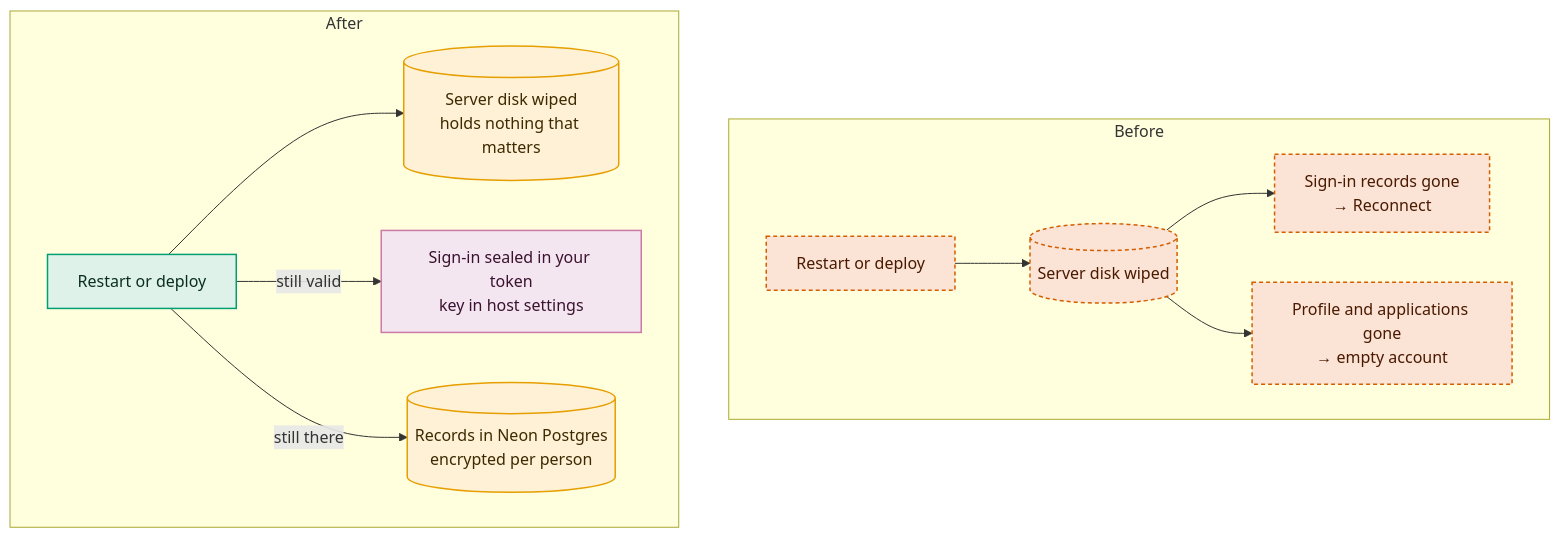
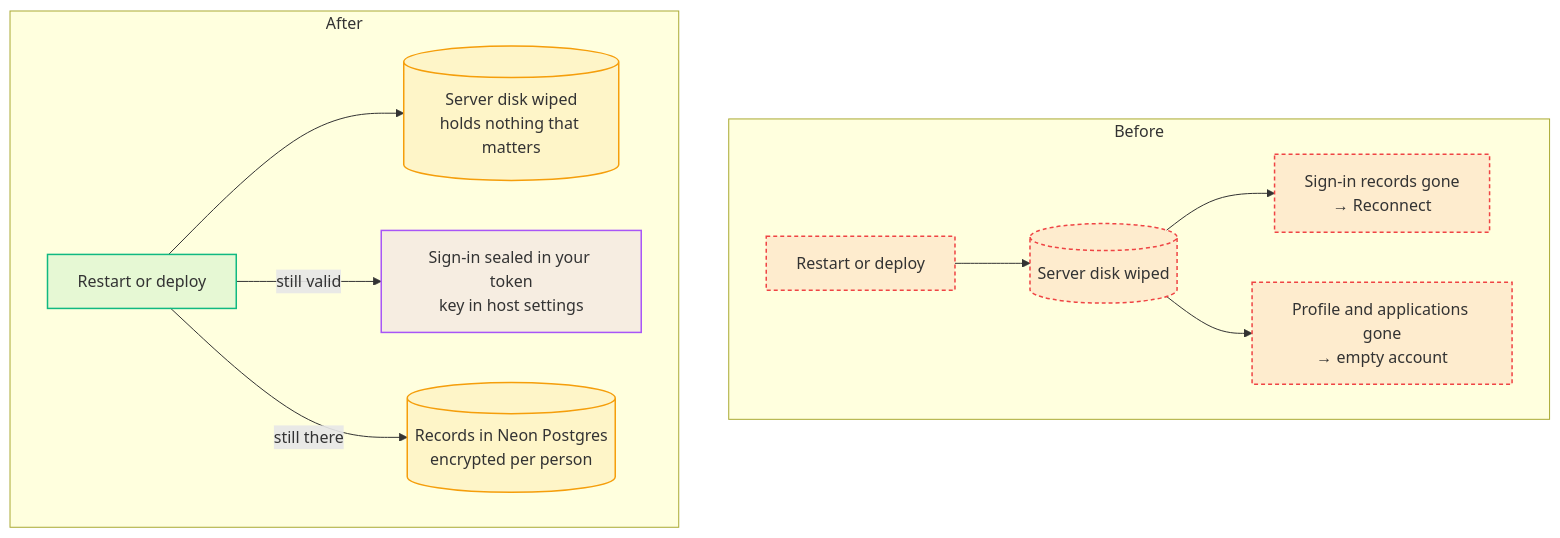
One commit to TusharSamantaray/career-copilot-mcp changed the third of 3 diagrams in docs/ENGINEERING.md. Above: the diagram before and after it, drawn with Mermaid. The commit also changed other lines of this file and 8 other files, not shown here.

First line of the commit message:
docs: diagram palette readable on light and dark backgrounds

````diff
--- a/docs/ENGINEERING.md
+++ b/docs/ENGINEERING.md
@@ -99,21 +99,21 @@
 ```mermaid
 flowchart TB
-  classDef store fill:#FFF1D6,stroke:#E69F00,color:#3D2A00,stroke-width:1.5px
-  classDef never fill:#FBE3D6,stroke:#D55E00,color:#4A1A00,stroke-width:1.5px,stroke-dasharray:4 3
-  classDef copilot fill:#DFF2E9,stroke:#009E73,color:#0B2E22,stroke-width:1.5px
-  classDef guard fill:#F3E6F0,stroke:#CC79A7,color:#3B1230,stroke-width:1.5px
+  classDef store fill:#F59E0B1A,stroke:#F59E0B,stroke-width:1.5px
+  classDef never fill:#EF44441A,stroke:#EF4444,stroke-width:1.5px,stroke-dasharray:4 3
+  classDef copilot fill:#10B9811A,stroke:#10B981,stroke-width:1.5px
+  classDef guard fill:#A855F71A,stroke:#A855F7,stroke-width:1.5px
 
   subgraph old_way["Before"]
     r1["Restart or deploy"]:::never --> d1[("Server disk wiped")]:::never
     d1 --> s1["Sign-in records gone<br/>→ Reconnect"]:::never
     d1 --> p1["Profile and applications gone<br/>→ empty account"]:::never
   end
 
   subgraph new_way["After"]
     r2["Restart or deploy"]:::copilot --> d2[("Server disk wiped<br/>holds nothing that matters")]:::store
     t2["Sign-in sealed in your token<br/>key in host settings"]:::guard
     n2[("Records in Neon Postgres<br/>encrypted per person")]:::store
     r2 -- "still valid" --> t2
     r2 -- "still there" --> n2
   end
 ```
````
